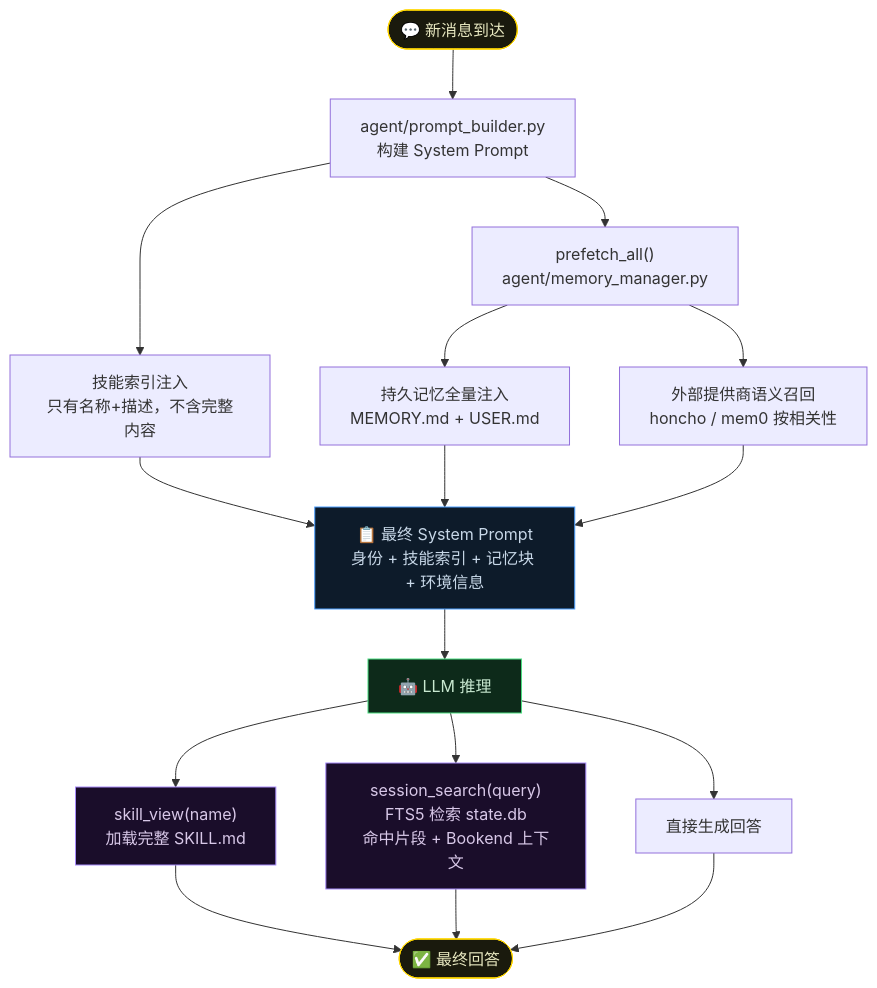
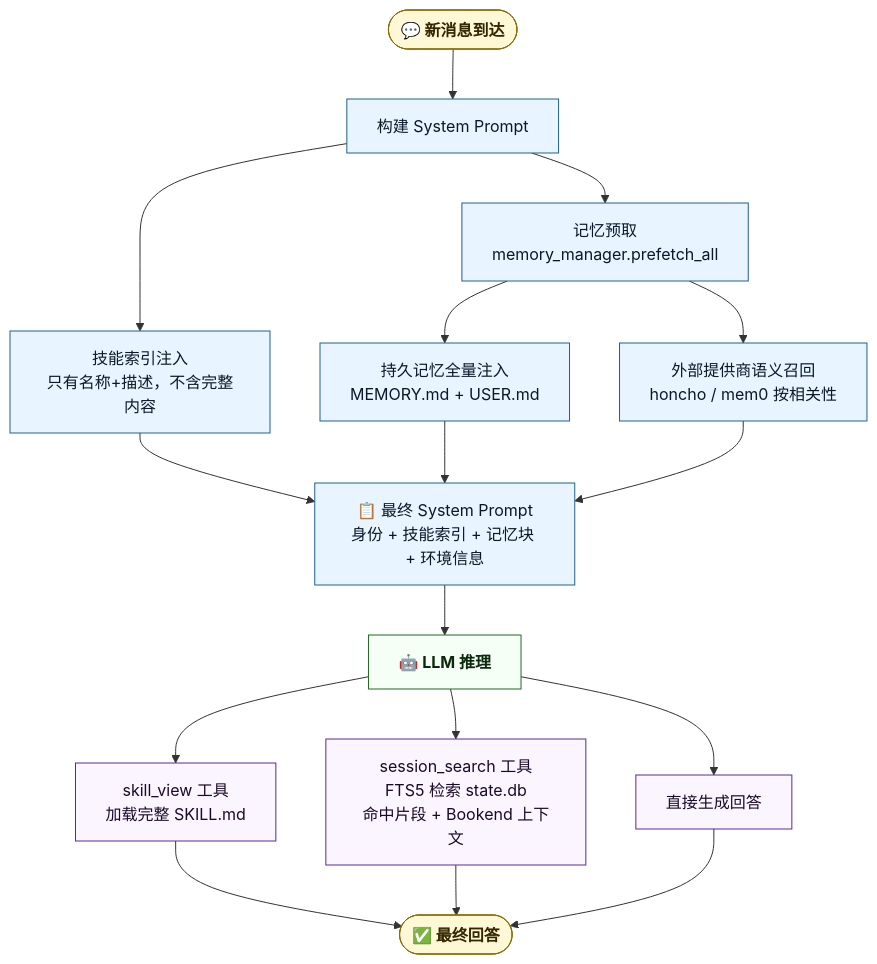
The fifth of 5 diagrams in hermes-agent-complete.md (windyagain/hermes-agent), drawn with Mermaid before and after one commit. The commit also changed other lines of this file, not shown here.

Commit message:
docs: add skill index mechanism, curator state flow, and fix mermaid styles

````diff
--- a/hermes-agent-complete.md
+++ b/hermes-agent-complete.md
@@ -373,30 +541,34 @@
 ```mermaid
 flowchart TD
-    MSG(["💬 新消息到达"]) --> SP["agent/prompt_builder.py\n构建 System Prompt"]
+    MSG(["💬 新消息到达"]) --> SP["构建 System Prompt"]
 
-    SP --> SK["技能索引注入\n只有名称+描述，不含完整内容"]
-    SP --> MEM["prefetch_all()\nagent/memory_manager.py"]
-    MEM --> P1["持久记忆全量注入\nMEMORY.md + USER.md"]
-    MEM --> P2["外部提供商语义召回\nhoncho / mem0 按相关性"]
+    SP --> SK["技能索引注入<br/>只有名称+描述，不含完整内容"]
+    SP --> MEM["记忆预取<br/>memory_manager.prefetch_all"]
+    MEM --> P1["持久记忆全量注入<br/>MEMORY.md + USER.md"]
+    MEM --> P2["外部提供商语义召回<br/>honcho / mem0 按相关性"]
 
-    SK --> FINAL["📋 最终 System Prompt\n身份 + 技能索引 + 记忆块 + 环境信息"]
+    SK --> FINAL["📋 最终 System Prompt<br/>身份 + 技能索引 + 记忆块 + 环境信息"]
     P1 --> FINAL
     P2 --> FINAL
 
     FINAL --> LLM["🤖 LLM 推理"]
 
-    LLM --> T1["skill_view(name)\n加载完整 SKILL.md"]
-    LLM --> T2["session_search(query)\nFTS5 检索 state.db\n命中片段 + Bookend 上下文"]
+    LLM --> T1["skill_view 工具<br/>加载完整 SKILL.md"]
+    LLM --> T2["session_search 工具<br/>FTS5 检索 state.db<br/>命中片段 + Bookend 上下文"]
     LLM --> T3["直接生成回答"]
 
     T1 --> ANS(["✅ 最终回答"])
     T2 --> ANS
     T3 --> ANS
 
-    style MSG fill:#1a1a0d,stroke:#FFD700,color:#e8e8c0
-    style FINAL fill:#0d1b2a,stroke:#4a9eff,color:#c8d8e8
-    style LLM fill:#0d2a1a,stroke:#4ade80,color:#c8e8d0
-    style T1 fill:#1a0d2a,stroke:#a78bfa,color:#d8c8e8
-    style T2 fill:#1a0d2a,stroke:#a78bfa,color:#d8c8e8
-    style ANS fill:#1a1a0d,stroke:#FFD700,color:#e8e8c0
+    classDef startEnd fill:#fff8d6,stroke:#8a6a00,color:#332600,font-weight:bold
+    classDef promptStage fill:#e8f4ff,stroke:#1e6091,color:#0a1929
+    classDef llmStage fill:#f5fff5,stroke:#1f6b1f,color:#0a290a,font-weight:bold
+    classDef toolCall fill:#faf5ff,stroke:#5a2a9b,color:#1a0a29
+
+    class MSG,ANS startEnd
+    class SP,SK,MEM,P1,P2 promptStage
+    class FINAL promptStage
+    class LLM llmStage
+    class T1,T2,T3 toolCall
 ```
````
